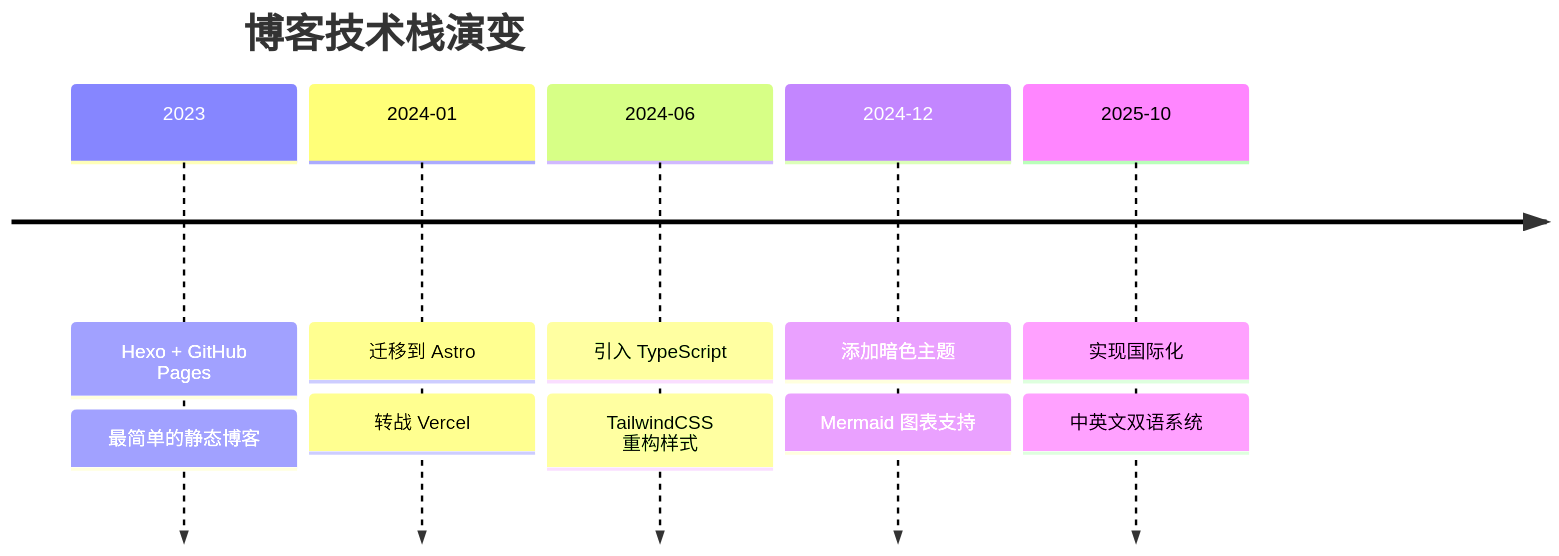
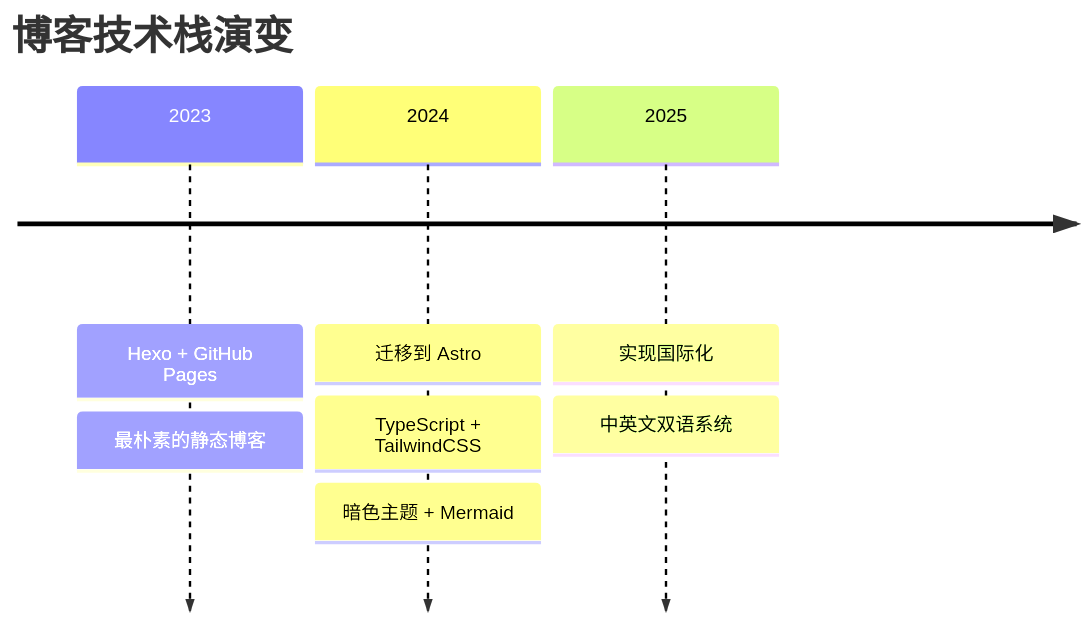
Before and after one commit to gaezon/AstroPaper-blog: the diagram in src/pages/milestones.md, drawn with Mermaid. The commit also changed 2 other files, not shown here.

Commit message:
refactor(milestones): simplify timeline and improve mermaid theme
- Simplify timeline to 3 key stages (2023, 2024, 2025)
- Refine mermaid color scheme for better readability
- Use subtle background colors for boxes
- Keep accent colors for borders and lines
- Ensure high contrast for text visibility
- Make theme consistent across all mermaid diagrams

````diff
--- a/src/pages/milestones.md
+++ b/src/pages/milestones.md
@@ -15,14 +15,11 @@
 ```mermaid
 timeline
     title 博客技术栈演变
     2023 : Hexo + GitHub Pages
-         : 最简单的静态博客
-    2024-01 : 迁移到 Astro
-            : 转战 Vercel
-    2024-06 : 引入 TypeScript
-            : TailwindCSS 重构样式
-    2024-12 : 添加暗色主题
-            : Mermaid 图表支持
-    2025-10 : 实现国际化
-            : 中英文双语系统
+         : 最朴素的静态博客
+    2024 : 迁移到 Astro
+         : TypeScript + TailwindCSS
+         : 暗色主题 + Mermaid
+    2025 : 实现国际化
+         : 中英文双语系统
 ```
````
